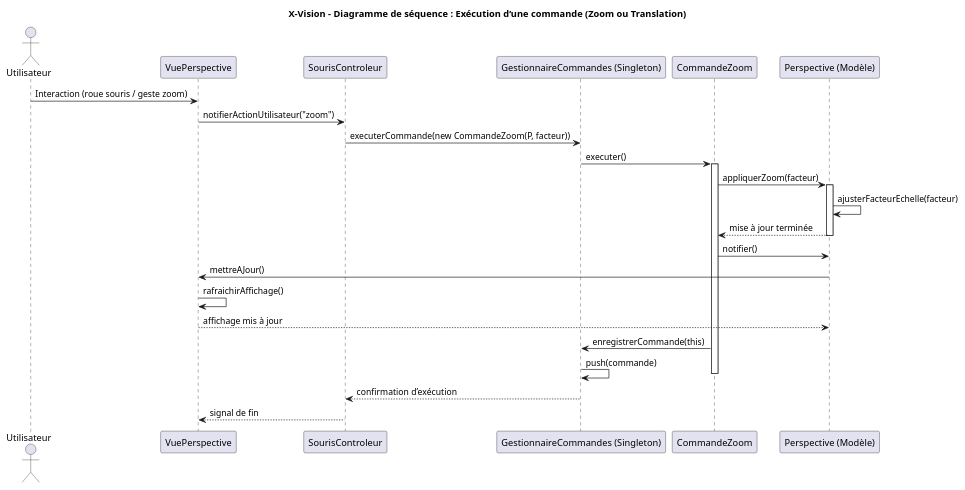
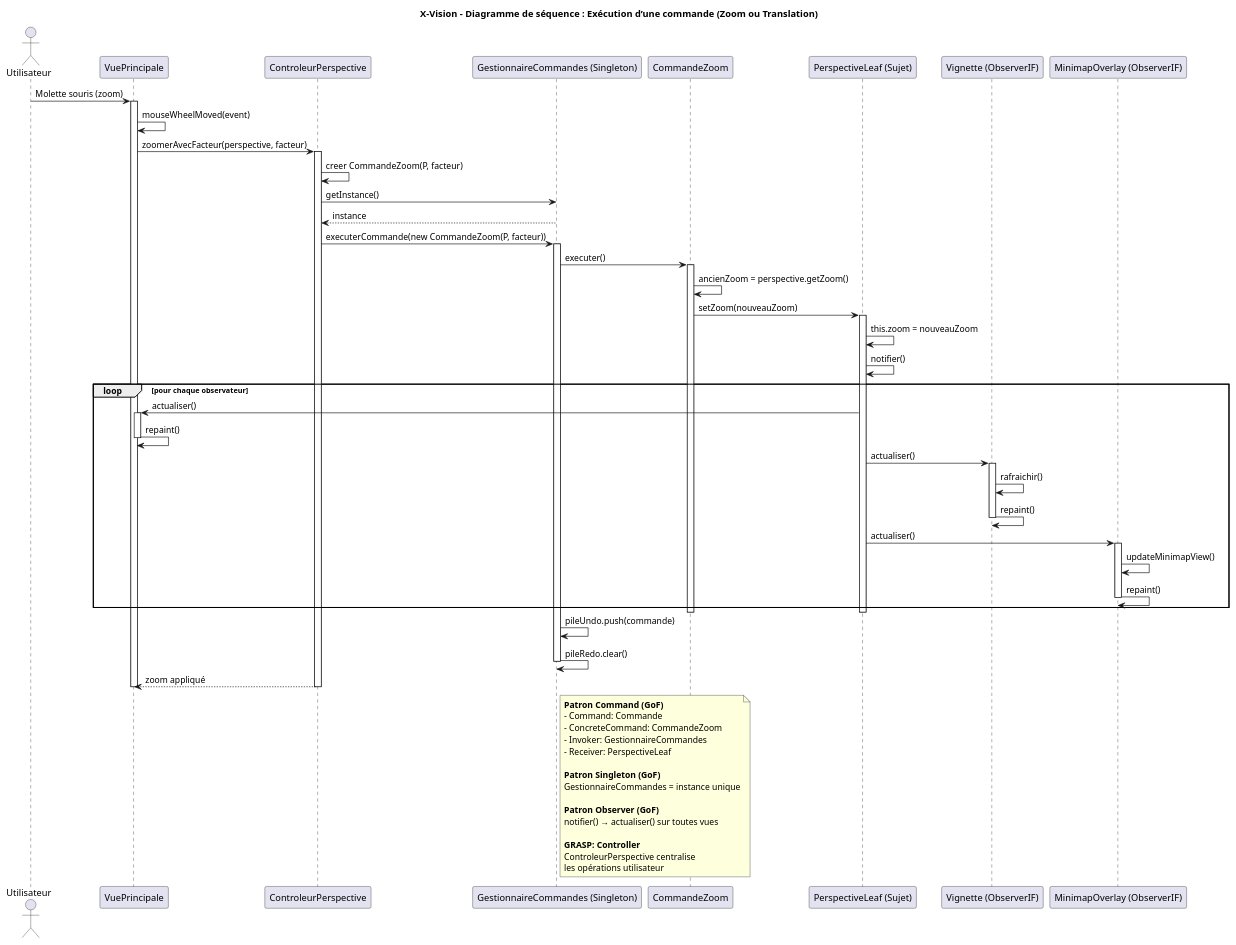
One commit to antoinemailhot/X-Vision changed the diagram in docs/diagramme_sequence_commande.puml. Above: the diagram before and after it, drawn with PlantUML. The commit also changed 29 other files, not shown here.

First line of the commit message:
RÉCAPITULATIF COMPLET DES MISES À JOUR

```diff
--- a/docs/diagramme_sequence_commande.puml
+++ b/docs/diagramme_sequence_commande.puml
@@ -1,61 +1,110 @@
 @startuml
 ' =====================================================
 ' DIAGRAMME DE SÉQUENCE - EXÉCUTION D’UNE COMMANDE
 ' Projet : X-Vision
 ' Auteur : Antoine Mailhot & Micaël Racine-Leblanc 
 ' Description : Représente l’exécution d’une commande
 '               (exemple : Zoom sur une Perspective)
 ' =====================================================
 
 title X-Vision - Diagramme de séquence : Exécution d’une commande (Zoom ou Translation)
 
 actor Utilisateur as U
-participant "VuePerspective" as V
-participant "SourisControleur" as C
+participant "VuePrincipale" as V
+participant "ControleurPerspective" as C
 participant "GestionnaireCommandes (Singleton)" as G
 participant "CommandeZoom" as Z
-participant "Perspective (Modèle)" as P
+participant "PerspectiveLeaf (Sujet)" as P
+participant "Vignette (ObserverIF)" as Vignette
+participant "MinimapOverlay (ObserverIF)" as MM
 
 ' =====================================================
-' SCÉNARIO : L’utilisateur effectue un zoom via la souris
+' SCÉNARIO : L'utilisateur effectue un zoom via la molette souris
 ' =====================================================
 
-U -> V : Interaction (roue souris / geste zoom)
-V -> C : notifierActionUtilisateur("zoom")
+U -> V : Molette souris (zoom)
+activate V
+V -> V : mouseWheelMoved(event)
+V -> C : zoomerAvecFacteur(perspective, facteur)
+activate C
+
+' --- Création et exécution de la commande ---
+C -> C : creer CommandeZoom(P, facteur)
+C -> G : getInstance()
+G --> C : instance
 C -> G : executerCommande(new CommandeZoom(P, facteur))
+activate G
 G -> Z : executer()
 activate Z
 
+' --- Sauvegarde état précédent ---
+Z -> Z : ancienZoom = perspective.getZoom()
+
 ' --- Application du zoom sur la perspective ---
-Z -> P : appliquerZoom(facteur)
+Z -> P : setZoom(nouveauZoom)
 activate P
-P -> P : ajusterFacteurEchelle(facteur)
-P --> Z : mise à jour terminée
+P -> P : this.zoom = nouveauZoom
+P -> P : notifier()
+
+' --- Notification des observateurs (vues abonnées) ---
+loop pour chaque observateur
+    P -> V : actualiser()
+    activate V
+    V -> V : repaint()
+    deactivate V
+
+    P -> Vignette : actualiser()
+    activate Vignette
+    Vignette -> Vignette : rafraichir()
+    Vignette -> Vignette : repaint()
+    deactivate Vignette
+
+    P -> MM : actualiser()
+    activate MM
+    MM -> MM : updateMinimapView()
+    MM -> MM : repaint()
+    deactivate MM
+end
 deactivate P
 
-' --- Notification des observateurs (vues abonnées) ---
-Z -> P : notifier()
-P -> V : mettreAJour()
-V -> V : rafraichirAffichage()
-V --> P : affichage mis à jour
-
-' --- Ajout à l’historique pour Undo/Redo ---
-Z -> G : enregistrerCommande(this)
-G -> G : push(commande)
+' --- Ajout à l'historique pour Undo/Redo ---
 deactivate Z
+G -> G : pileUndo.push(commande)
+G -> G : pileRedo.clear()
+deactivate G
 
 ' --- Fin de la commande ---
-G --> C : confirmation d’exécution
-C --> V : signal de fin
+C --> V : zoom appliqué
+deactivate C
+deactivate V
+
+note right of G
+    **Patron Command (GoF)**
+    - Command: Commande
+    - ConcreteCommand: CommandeZoom
+    - Invoker: GestionnaireCommandes
+    - Receiver: PerspectiveLeaf
+
+    **Patron Singleton (GoF)**
+    GestionnaireCommandes = instance unique
+
+    **Patron Observer (GoF)**
+    notifier() → actualiser() sur toutes vues
+
+    **GRASP: Controller**
+    ControleurPerspective centralise
+    les opérations utilisateur
+end note
 
 ' =====================================================
 ' LÉGENDE :
-'  - Utilisateur : initie la commande (événement souris ou menu)
-'  - VuePerspective : transmet l’action au contrôleur
-'  - SourisControleur : crée et envoie la commande au GestionnaireCommandes
-'  - GestionnaireCommandes : centralise l’historique et exécute la commande
-'  - CommandeZoom : encapsule l’action
-'  - Perspective : modèle modifié qui notifie ses observateurs
+'  - Utilisateur : initie le zoom (molette souris)
+'  - VuePrincipale : capte l'événement, délègue au contrôleur
+'  - ControleurPerspective : crée et envoie commande au gestionnaire
+'  - GestionnaireCommandes : Singleton, centralise historique Undo/Redo
+'  - CommandeZoom : encapsule l'action avec état précédent
+'  - PerspectiveLeaf : modèle modifié qui notifie ses observateurs
+'  - Observateurs : toutes les vues abonnées se rafraîchissent
 ' =====================================================
 
 @enduml
```
